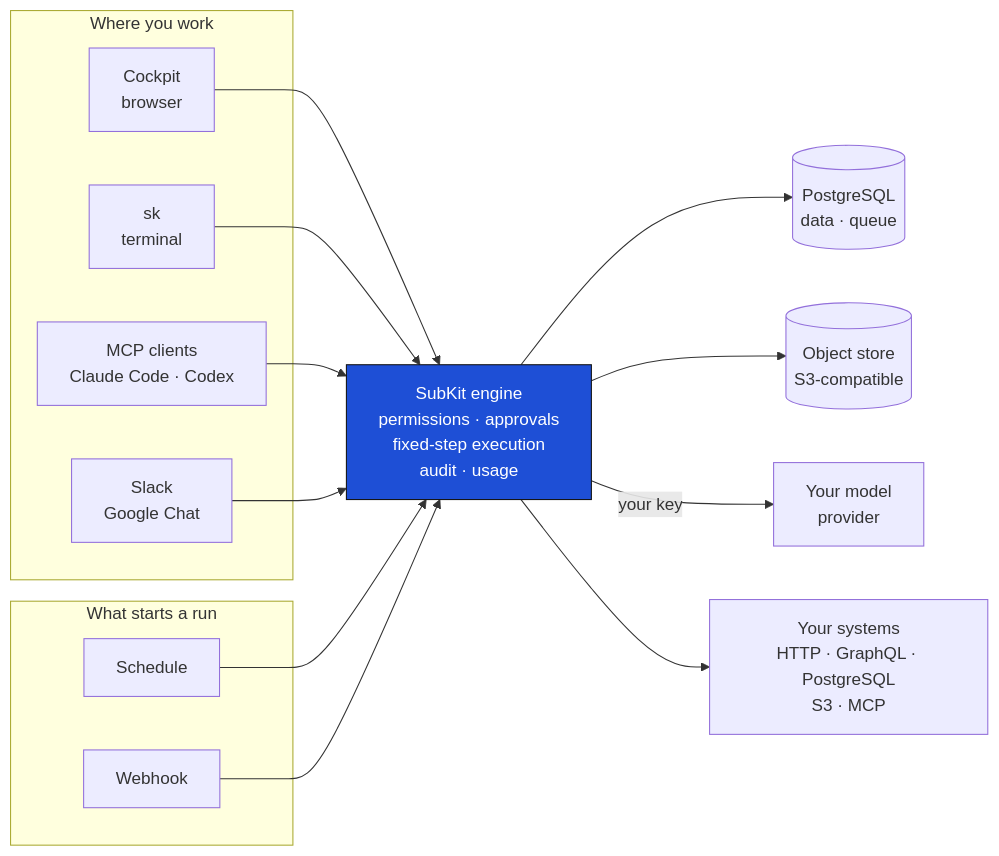
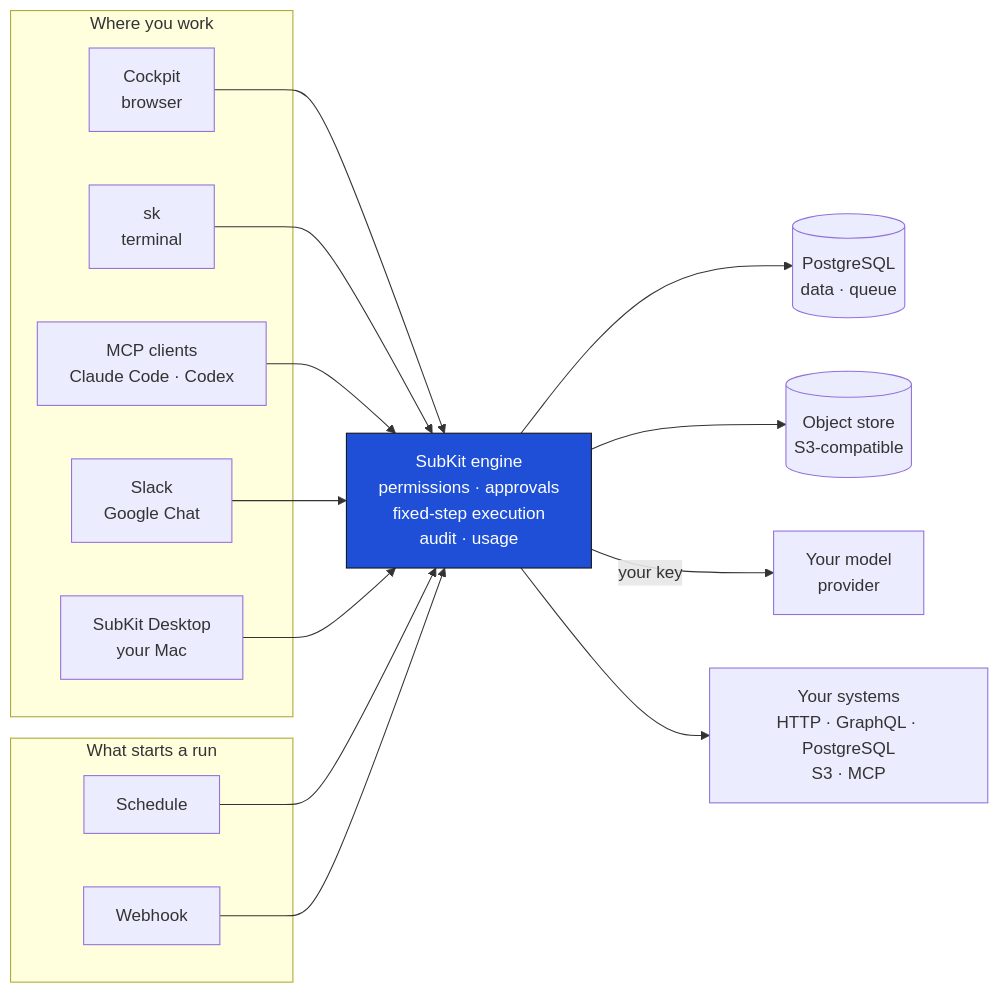
Before and after one commit to MikeBild/subkit: the first of 3 diagrams in README.md, drawn with Mermaid. The commit also changed other lines of this file and 3689 other files, not shown here.

````diff
--- a/README.md
+++ b/README.md
@@ -133,25 +133,27 @@
 ```mermaid
 flowchart LR
   subgraph you["Where you work"]
     cockpit["Cockpit<br/>browser"]
     sk["sk<br/>terminal"]
     mcp["MCP clients<br/>Claude Code · Codex"]
     chat["Slack<br/>Google Chat"]
+    desktop["SubKit Desktop<br/>your Mac"]
   end
   subgraph start["What starts a run"]
     schedule["Schedule"]
     webhook["Webhook"]
   end
   engine["SubKit engine<br/>permissions · approvals<br/>fixed-step execution<br/>audit · usage"]:::brand
   cockpit --> engine
   sk --> engine
   mcp --> engine
   chat --> engine
+  desktop --> engine
   schedule --> engine
   webhook --> engine
   engine --> db[("PostgreSQL<br/>data · queue")]
   engine --> store[("Object store<br/>S3-compatible")]
   engine -- "your key" --> model["Your model<br/>provider"]
   engine --> systems["Your systems<br/>HTTP · GraphQL · PostgreSQL<br/>S3 · MCP"]
   classDef brand fill:#1E4FD6,stroke:#141414,color:#ffffff
 ```
````
